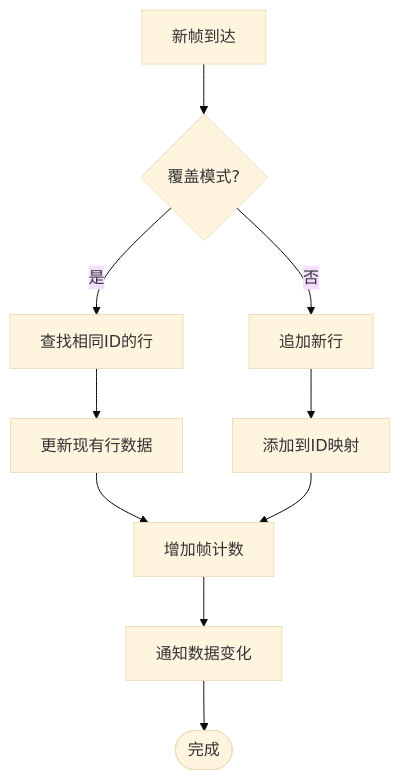
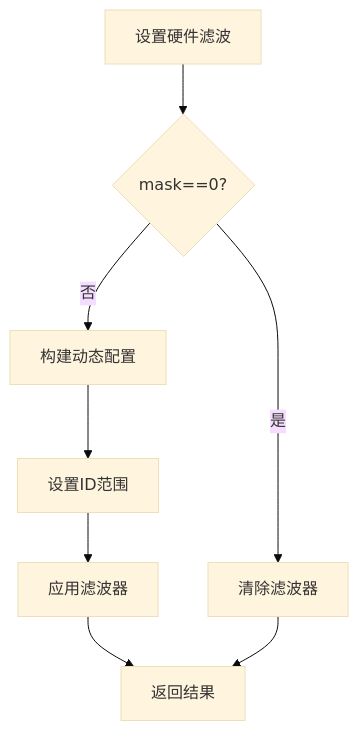
Before and after one commit to jakecai1225-design/OpenBus: the seventh of 8 diagrams in .qoder/repowiki/zh/content/项目概述/CAN总线分析工具.md, drawn with Mermaid (base theme). The commit also changed other lines of this file and 22 other files, not shown here.

Commit message:
trace graphic

````diff
--- a/.qoder/repowiki/zh/content/项目概述/CAN总线分析工具.md
+++ b/.qoder/repowiki/zh/content/项目概述/CAN总线分析工具.md
@@ -724,12 +708,10 @@
 ```mermaid
 flowchart TD
-NewFrame["新帧到达"] --> CheckMode{"覆盖模式?"}
-CheckMode --> |是| FindExisting["查找相同ID的行"]
-CheckMode --> |否| AppendNew["追加新行"]
-FindExisting --> UpdateRow["更新现有行数据"]
-AppendNew --> AddToMap["添加到ID映射"]
-UpdateRow --> IncrementCount["增加帧计数"]
-AddToMap --> IncrementCount
-IncrementCount --> NotifyChange["通知数据变化"]
-NotifyChange --> End(["完成"])
+SetFilter["设置硬件滤波"] --> CheckMask{"mask==0?"}
+CheckMask --> |是| ClearFilter["清除滤波器"]
+CheckMask --> |否| BuildCfg["构建动态配置"]
+BuildCfg --> SetRange["设置ID范围"]
+SetRange --> ApplyFilter["应用滤波器"]
+ApplyFilter --> Return["返回结果"]
+ClearFilter --> Return
 ```
````
